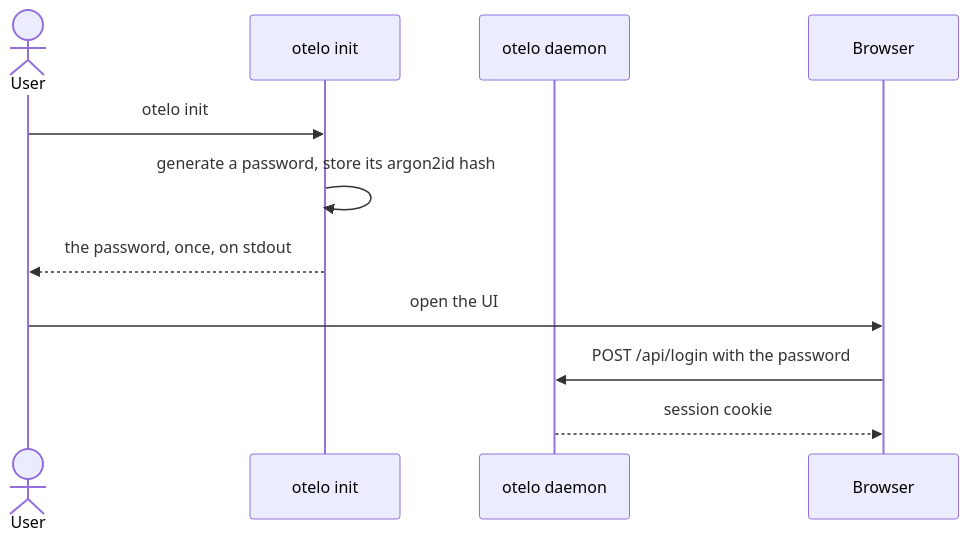
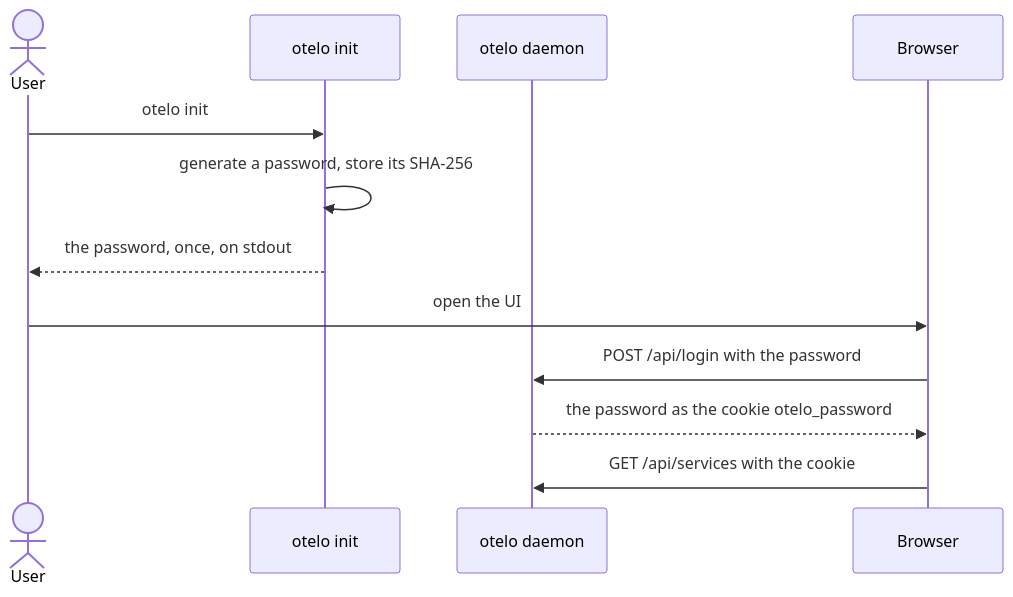
One commit to sukovanej/otelo changed the diagram in tasks/00025-log-in-with-a-static-password.md. Above: the diagram before and after it, drawn with Mermaid. The commit also changed other lines of this file, not shown here.

````diff
--- a/tasks/00025-log-in-with-a-static-password.md
+++ b/tasks/00025-log-in-with-a-static-password.md
@@ -13,13 +15,14 @@
 ```mermaid
 sequenceDiagram
   actor U as User
   participant I as otelo init
   participant S as otelo daemon
   participant B as Browser
   U->>I: otelo init
-  I->>I: generate a password, store its argon2id hash
+  I->>I: generate a password, store its SHA-256
   I-->>U: the password, once, on stdout
   U->>B: open the UI
   B->>S: POST /api/login with the password
-  S-->>B: session cookie
+  S-->>B: the password as the cookie otelo_password
+  B->>S: GET /api/services with the cookie
 ```
````
